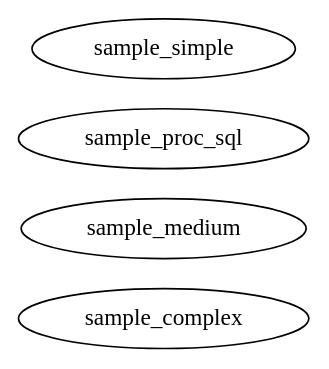
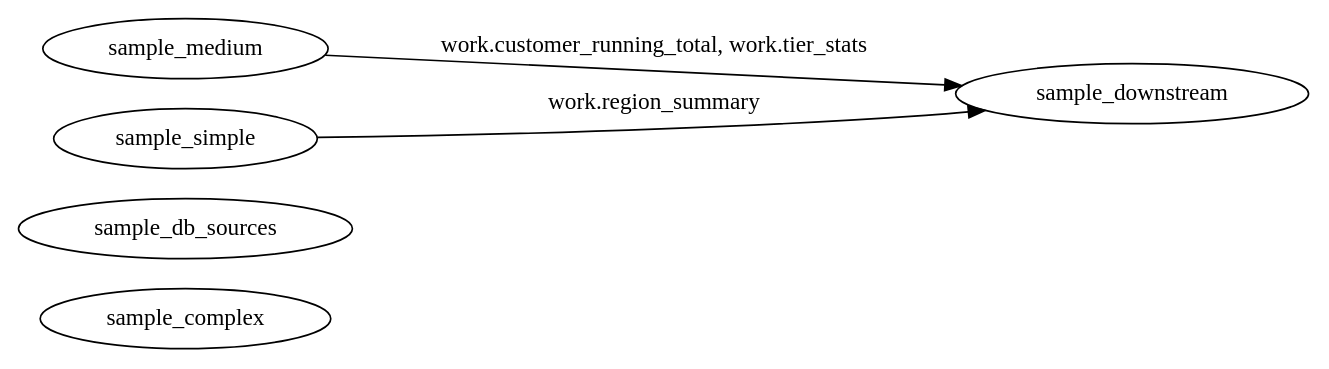
Before and after one commit to rafalgreen/sas_migration_700_scripts: the diagram in reports/dependencies.dot, drawn with Graphviz. The commit also changed 6 other files, not shown here.

First line of the commit message:
feat: add Mermaid.js dependency graph to inventory HTML report

```diff
--- a/reports/dependencies.dot
+++ b/reports/dependencies.dot
@@ -1,7 +1,10 @@
 digraph sas_dependencies {
   rankdir="LR";
   "sample_complex";
+  "sample_db_sources";
+  "sample_downstream";
   "sample_medium";
-  "sample_proc_sql";
   "sample_simple";
+  "sample_medium" -> "sample_downstream" [label="work.customer_running_total, work.tier_stats"];
+  "sample_simple" -> "sample_downstream" [label="work.region_summary"];
 }
```
